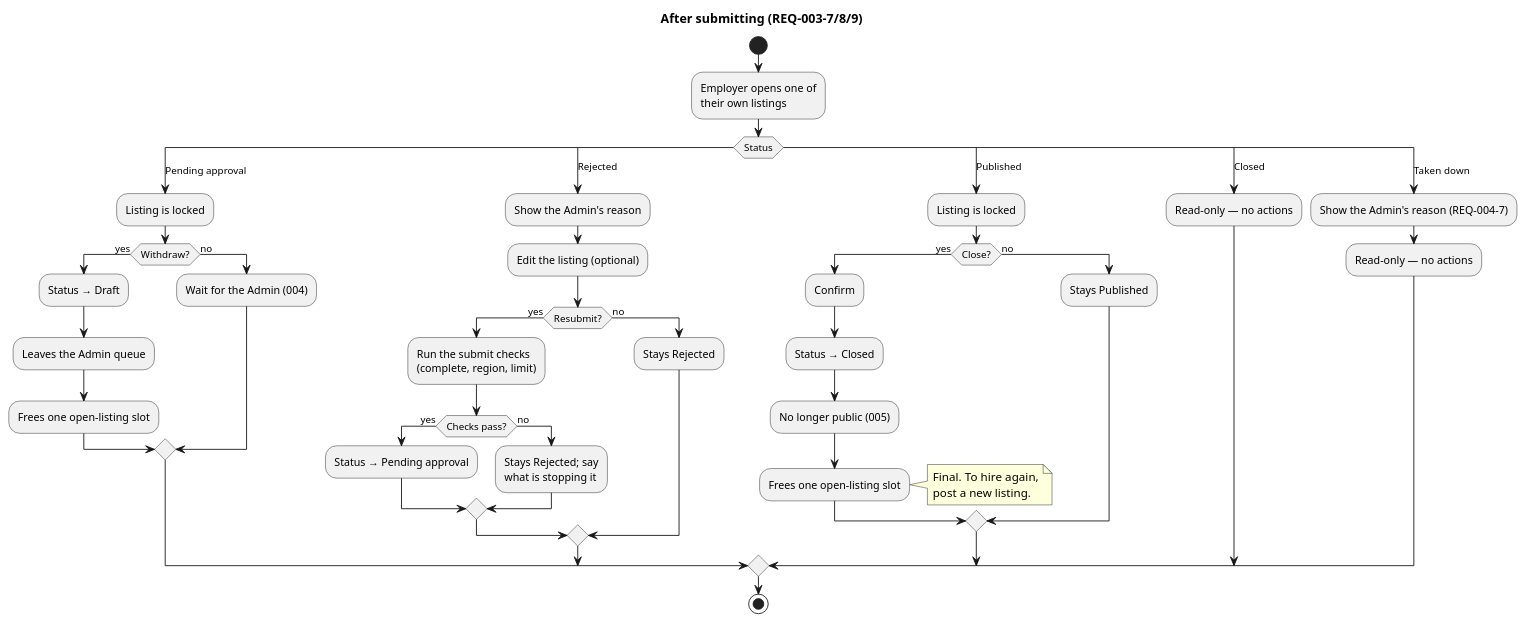
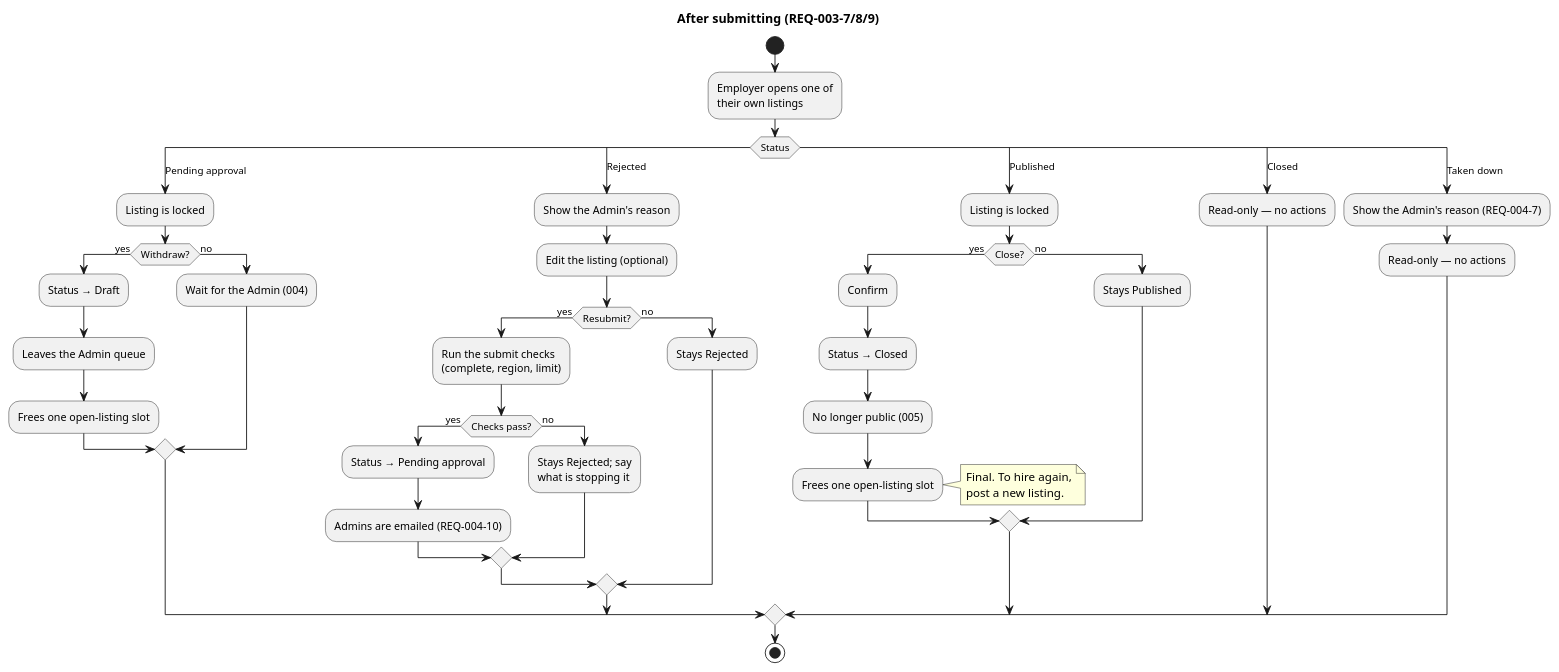
Before and after one commit to raseniero/jairojobs-elixir: the diagram in docs/specs/003-listings-employer-posting/diagrams/activity-after-submitting.puml, drawn with PlantUML. The commit also changed 16 other files, not shown here.

Commit message:
feat(listings): email admins when a listing is submitted (REQ-004-10)

```diff
--- a/docs/specs/003-listings-employer-posting/diagrams/activity-after-submitting.puml
+++ b/docs/specs/003-listings-employer-posting/diagrams/activity-after-submitting.puml
@@ -1,54 +1,55 @@
 @startuml activity-after-submitting
 ' Spec 003 — withdraw, fix a rejected listing, close a published one (REQ-003-7, -8, -9)
 title After submitting (REQ-003-7/8/9)
 
 start
 :Employer opens one of
 their own listings;
 switch (Status)
 case (Pending approval)
   :Listing is locked;
   if (Withdraw?) then (yes)
     :Status → Draft;
     :Leaves the Admin queue;
     :Frees one open-listing slot;
   else (no)
     :Wait for the Admin (004);
   endif
 case (Rejected)
   :Show the Admin's reason;
   :Edit the listing (optional);
   if (Resubmit?) then (yes)
     :Run the submit checks
     (complete, region, limit);
     if (Checks pass?) then (yes)
       :Status → Pending approval;
+      :Admins are emailed (REQ-004-10);
     else (no)
       :Stays Rejected; say
       what is stopping it;
     endif
   else (no)
     :Stays Rejected;
   endif
 case (Published)
   :Listing is locked;
   if (Close?) then (yes)
     :Confirm;
     :Status → Closed;
     :No longer public (005);
     :Frees one open-listing slot;
     note right
       Final. To hire again,
       post a new listing.
     end note
   else (no)
     :Stays Published;
   endif
 case (Closed)
   :Read-only — no actions;
 case (Taken down)
   :Show the Admin's reason (REQ-004-7);
   :Read-only — no actions;
 endswitch
 stop
 @enduml
```
